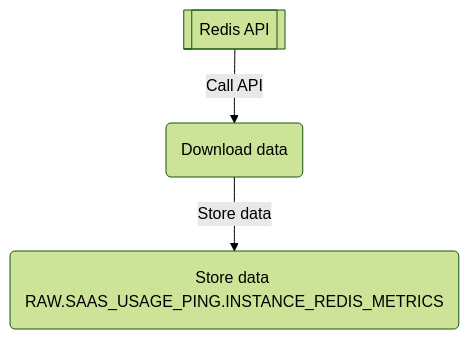
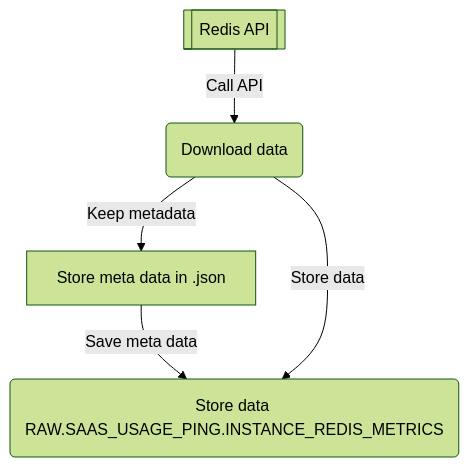
The second of 2 diagrams in extract/saas_usage_ping/README.md (ktopcuoglu/gitlab-dbt-analytics), drawn with Mermaid (forest theme) before and after one commit. The commit also changed other lines of this file, not shown here.

Commit message:
Update README.md file with Redis metrics information.

````diff
--- a/extract/saas_usage_ping/README.md
+++ b/extract/saas_usage_ping/README.md
@@ -61,5 +61,7 @@
 ```mermaid
 graph TD;
   SP_API[[Redis API]]--Call API-->DNLD(Download data);
+  DNLD--Keep metadata-->MTD[Store meta data in .json];
+  MTD--Save meta data-->FIN_RAW;
   DNLD--Store data-->FIN_RAW(Store data RAW.SAAS_USAGE_PING.INSTANCE_REDIS_METRICS);
 ```
````
